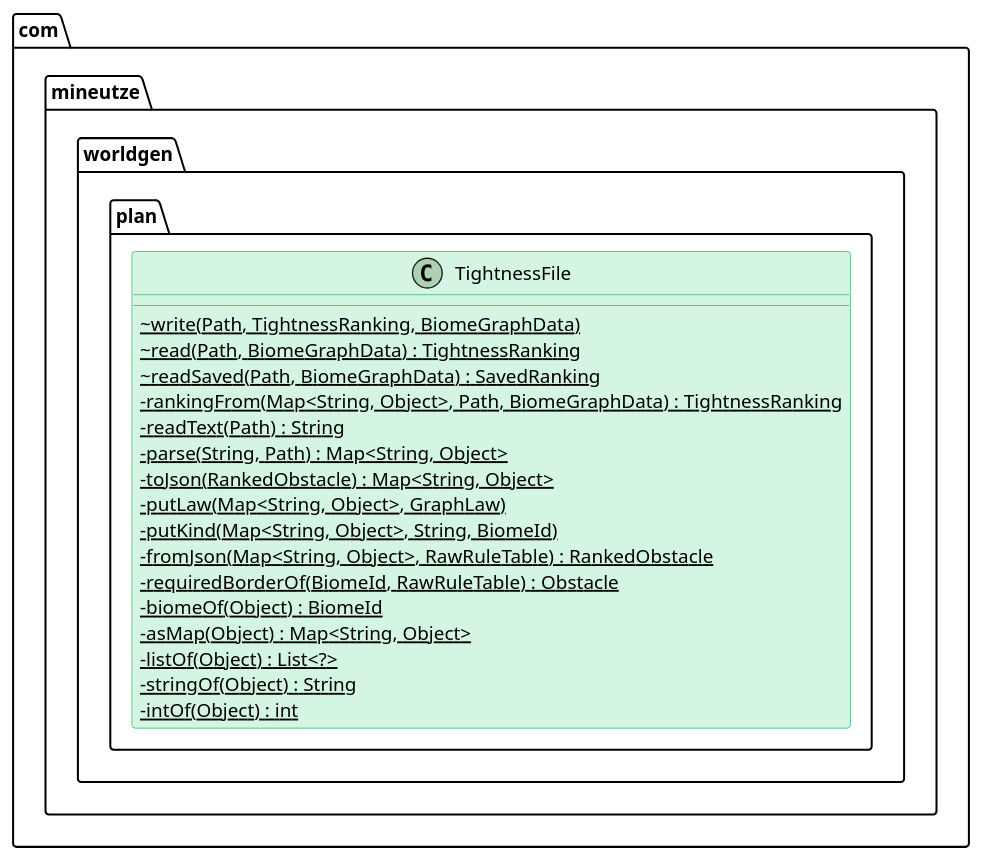
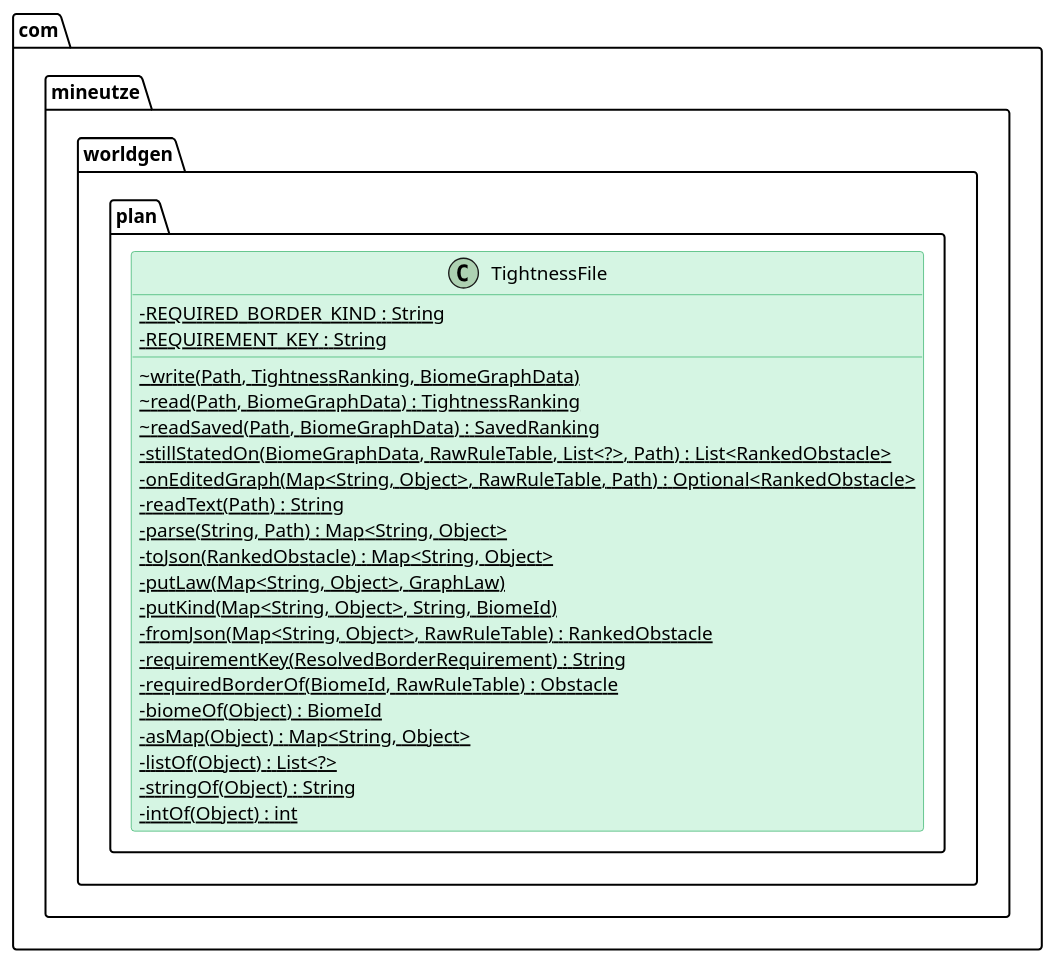
The diagram in companion-mods/mineutze-worldgen/doc/Modelisation/ClassDiagram/com/mineutze/worldgen/plan/TightnessFile.puml (Boulede987/Mine-Utz), drawn with PlantUML before and after one commit. The commit also changed 31 other files, not shown here.

Commit message:
docs(worldgen): regenerate class diagrams for ranking that follows the graph

```diff
--- a/companion-mods/mineutze-worldgen/doc/Modelisation/ClassDiagram/com/mineutze/worldgen/plan/TightnessFile.puml
+++ b/companion-mods/mineutze-worldgen/doc/Modelisation/ClassDiagram/com/mineutze/worldgen/plan/TightnessFile.puml
@@ -1,53 +1,57 @@
 @startuml TightnessFile
 
 skinparam classAttributeIconSize 0
 skinparam shadowing false
 
 skinparam class {
   BackgroundColor<<interface>> #D6EAF8
   BorderColor<<interface>> #2E86C1
 }
 skinparam class {
   BackgroundColor<<abstract>> #E8DAEF
   BorderColor<<abstract>> #8E44AD
 }
 skinparam class {
   BackgroundColor #D5F5E3
   BorderColor #27AE60
 }
 skinparam class {
   BackgroundColor<<record>> #FCF3CF
   BorderColor<<record>> #B7950B
 }
 skinparam class {
   BackgroundColor<<static>> #a7faa0
   BorderColor<<static>> #38d610
 }
 skinparam class {
   BackgroundColor<<enum>> #F5B7B1
   BorderColor<<enum>> #C0392B
 }
 
 namespace com.mineutze.worldgen.plan {
 class TightnessFile {
+  - {static} REQUIRED_BORDER_KIND : String
+  - {static} REQUIREMENT_KEY : String
   ~ {static} write(Path, TightnessRanking, BiomeGraphData)
   ~ {static} read(Path, BiomeGraphData) : TightnessRanking
   ~ {static} readSaved(Path, BiomeGraphData) : SavedRanking
-  - {static} rankingFrom(Map<String, Object>, Path, BiomeGraphData) : TightnessRanking
+  - {static} stillStatedOn(BiomeGraphData, RawRuleTable, List<?>, Path) : List<RankedObstacle>
+  - {static} onEditedGraph(Map<String, Object>, RawRuleTable, Path) : Optional<RankedObstacle>
   - {static} readText(Path) : String
   - {static} parse(String, Path) : Map<String, Object>
   - {static} toJson(RankedObstacle) : Map<String, Object>
   - {static} putLaw(Map<String, Object>, GraphLaw)
   - {static} putKind(Map<String, Object>, String, BiomeId)
   - {static} fromJson(Map<String, Object>, RawRuleTable) : RankedObstacle
+  - {static} requirementKey(ResolvedBorderRequirement) : String
   - {static} requiredBorderOf(BiomeId, RawRuleTable) : Obstacle
   - {static} biomeOf(Object) : BiomeId
   - {static} asMap(Object) : Map<String, Object>
   - {static} listOf(Object) : List<?>
   - {static} stringOf(Object) : String
   - {static} intOf(Object) : int
 }
 }
 
 
 @enduml
```
